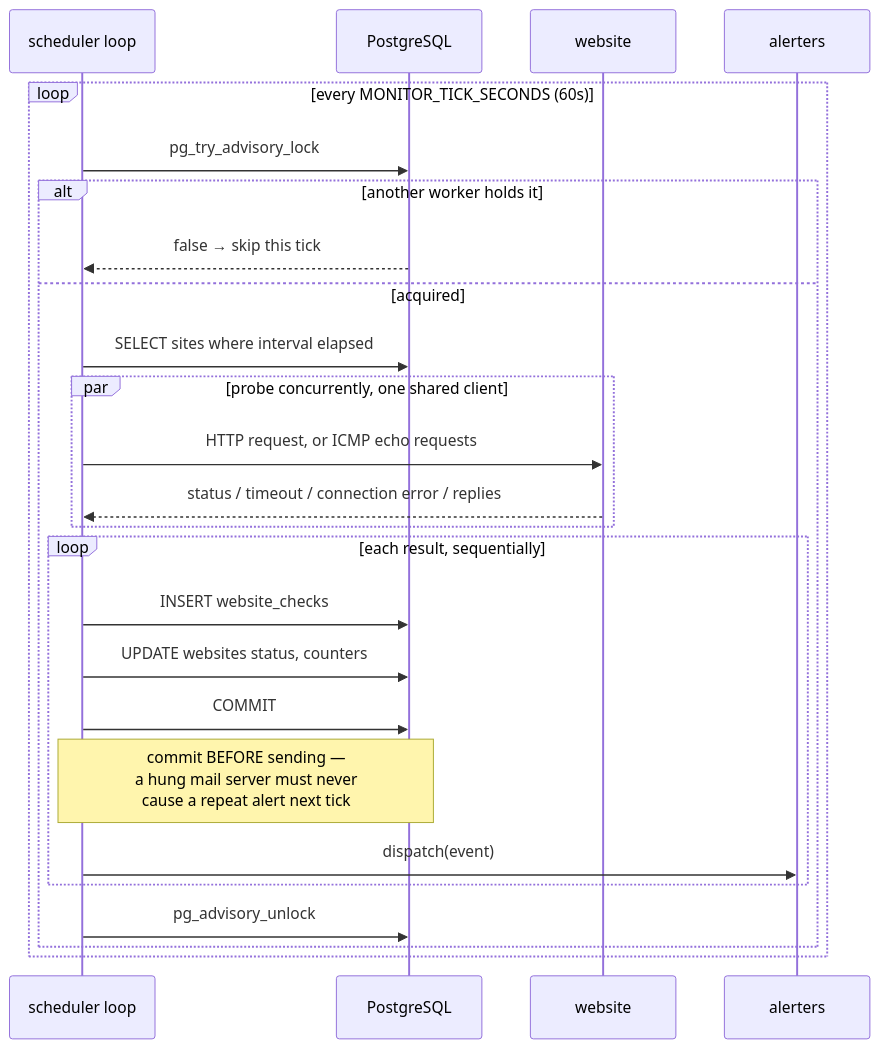
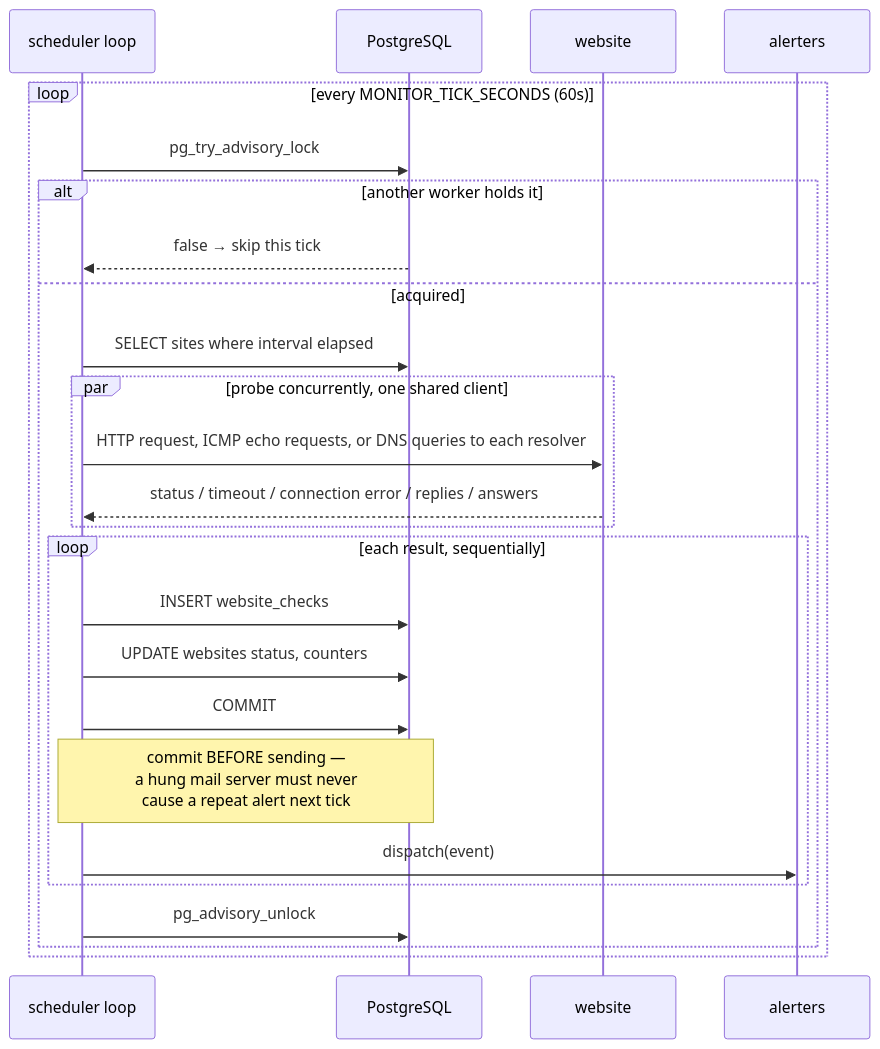
Before and after one commit to TahjibNil75/watchly: the fourth of 6 diagrams in doc/hld.md, drawn with Mermaid. The commit also changed other lines of this file and 29 other files, not shown here.

````diff
--- a/doc/hld.md
+++ b/doc/hld.md
@@ -365,28 +372,28 @@
 ```mermaid
 sequenceDiagram
     participant L as scheduler loop
     participant PG as PostgreSQL
     participant W as website
     participant A as alerters
 
     loop every MONITOR_TICK_SECONDS (60s)
         L->>PG: pg_try_advisory_lock
         alt another worker holds it
             PG-->>L: false → skip this tick
         else acquired
             L->>PG: SELECT sites where interval elapsed
             par probe concurrently, one shared client
-                L->>W: HTTP request, or ICMP echo requests
-                W-->>L: status / timeout / connection error / replies
+                L->>W: HTTP request, ICMP echo requests, or DNS queries to each resolver
+                W-->>L: status / timeout / connection error / replies / answers
             end
             loop each result, sequentially
                 L->>PG: INSERT website_checks
                 L->>PG: UPDATE websites status, counters
                 L->>PG: COMMIT
                 Note over L,PG: commit BEFORE sending —<br/>a hung mail server must never<br/>cause a repeat alert next tick
                 L->>A: dispatch(event)
             end
             L->>PG: pg_advisory_unlock
         end
     end
 ```
````
